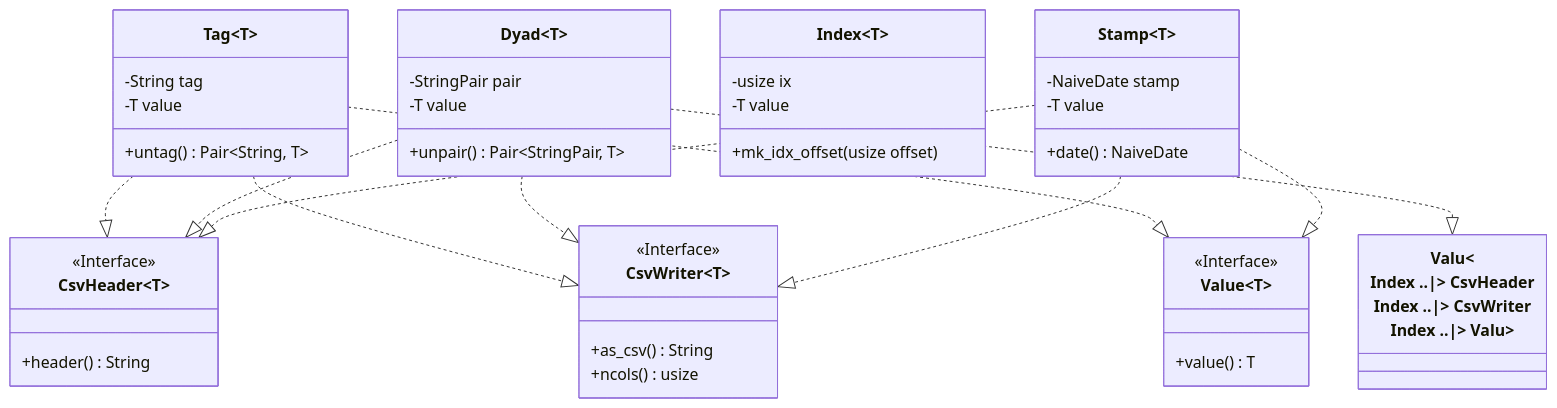
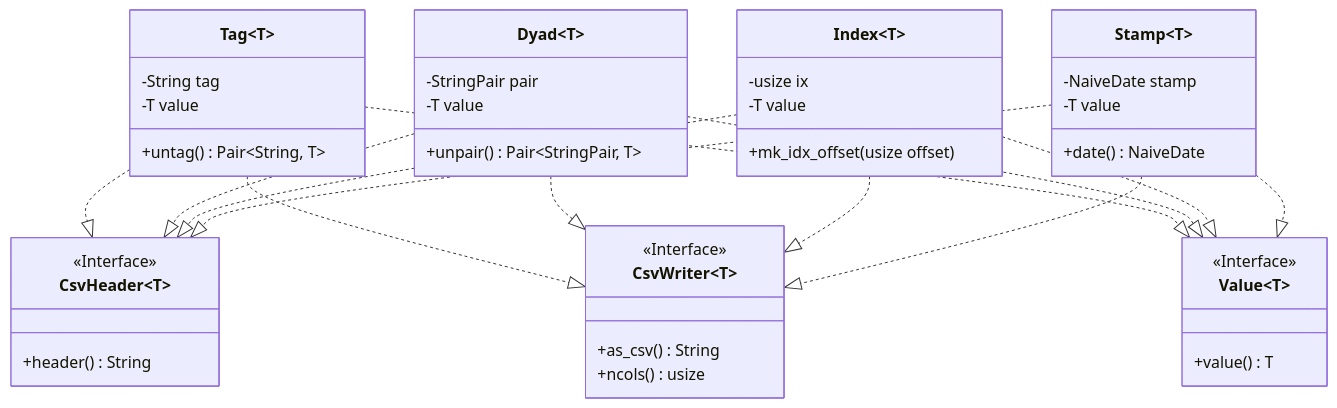
One commit to logicalgraphs/crypto-n-rust changed the diagram in src/libs/book/types/README.md. Above: the diagram before and after it, drawn with Mermaid.

Commit message:
corrected inheritance tree, corrected spelling of 'Value', 2026-01-25

````diff
--- a/src/libs/book/types/README.md
+++ b/src/libs/book/types/README.md
@@ -6,49 +6,49 @@
 ```mermaid
 classDiagram
 
 	class CsvHeader~T~{
 		<<Interface>>
 		+header() String
 	}
 	class CsvWriter~T~{
 		<<Interface>>
 		+as_csv() String
 		+ncols() usize
 	}
         class Value~T~{
 		<<Interface>>
                 +value() T
         }
 	class Tag~T~{
 		-String tag
 		-T value
                 +untag() Pair~String, T~
 	}
 	class Dyad~T~{
 		-StringPair pair
 		-T value
 		+unpair() Pair~StringPair, T~
 	}
 	class Index~T~{
 		-usize ix
 		-T value
 		+mk_idx_offset(usize offset)
 	}
         class Stamp~T~{
 		-NaiveDate stamp
 		-T value
 		+date() NaiveDate
 	}
 	Tag ..|> CsvHeader
 	Tag ..|> CsvWriter
 	Tag ..|> Value
 	Dyad ..|> CsvHeader
 	Dyad ..|> CsvWriter
-	Dyad ..|> Valu~
+	Dyad ..|> Value
 	Index ..|> CsvHeader
 	Index ..|> CsvWriter
-	Index ..|> Valu~
+	Index ..|> Value
 	Stamp ..|> CsvHeader
 	Stamp ..|> CsvWriter
 	Stamp ..|> Value
 ```
````
